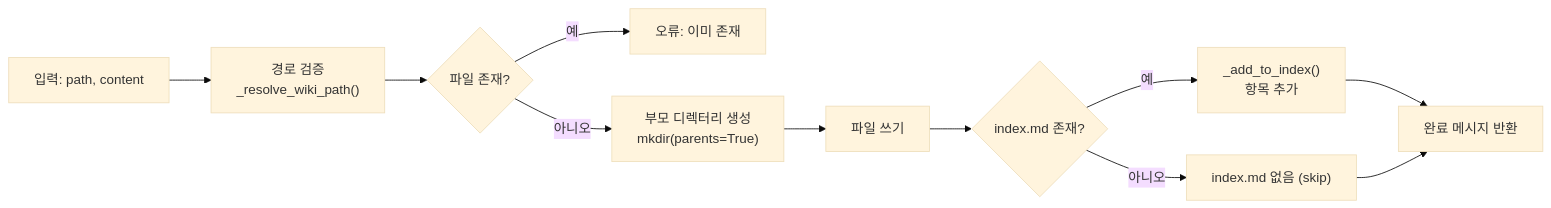
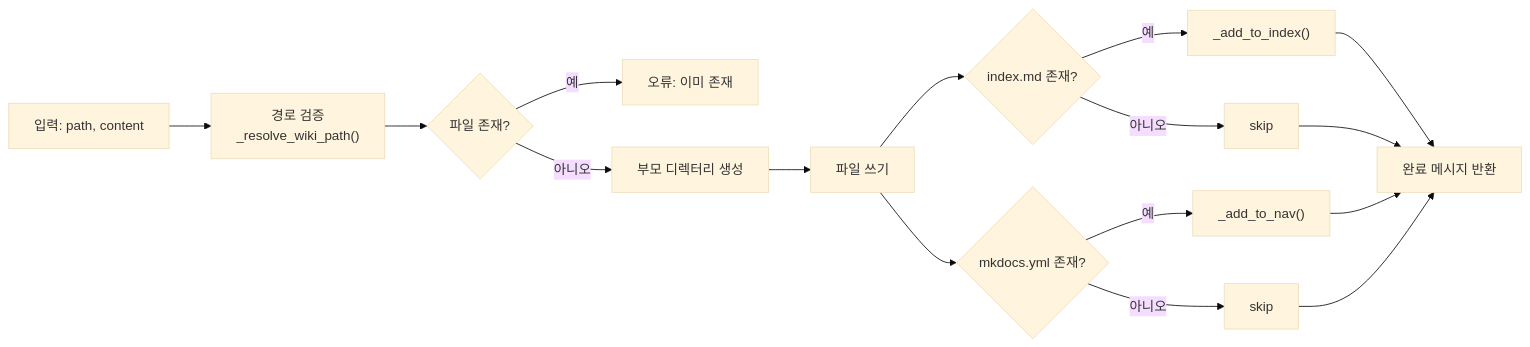
The third of 8 diagrams in docs/projects/wiki-mcp.md (icarus-inte01/wiki), drawn with Mermaid (base theme) before and after one commit. The commit also changed other lines of this file, not shown here.

First line of the commit message:
docs: update wiki-mcp design doc with mkdocs.yml nav management

````diff
--- a/docs/projects/wiki-mcp.md
+++ b/docs/projects/wiki-mcp.md
@@ -145,13 +145,15 @@
 ```mermaid
 flowchart LR
     A["입력: path, content"] --> B["경로 검증<br/>_resolve_wiki_path()"]
     B --> C{"파일 존재?"}
     C -->|예| D["오류: 이미 존재"]
-    C -->|아니오| E["부모 디렉터리 생성<br/>mkdir(parents=True)"]
+    C -->|아니오| E["부모 디렉터리 생성"]
     E --> F["파일 쓰기"]
     F --> G{"index.md 존재?"}
-    G -->|예| H["_add_to_index()<br/>항목 추가"]
-    G -->|아니오| I["index.md 없음 (skip)"]
-    H --> J["완료 메시지 반환"]
-    I --> J
+    G -->|예| H1["_add_to_index()"]
+    G -->|아니오| I1["skip"]
+    F --> J{"mkdocs.yml 존재?"}
+    J -->|예| H2["_add_to_nav()"]
+    J -->|아니오| I2["skip"]
+    H1 & I1 & H2 & I2 --> K["완료 메시지 반환"]
 ```
````
